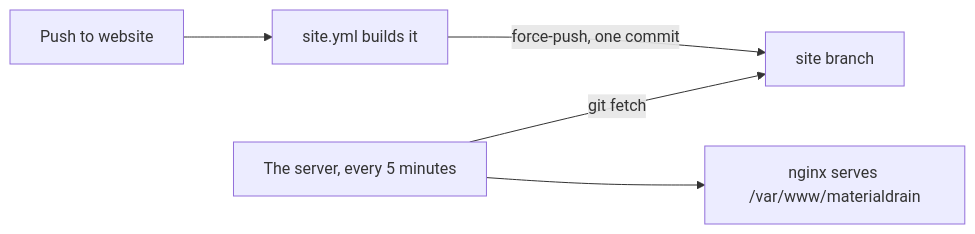
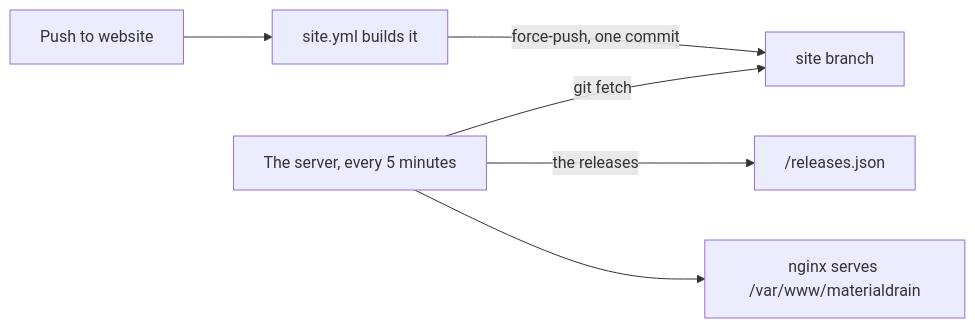
One commit to fidesosu/Materialdrain changed the diagram in docs/development/website.md. Above: the diagram before and after it, drawn with Mermaid. The commit also changed other lines of this file and 6 other files, not shown here.

Commit message:
Read the releases from the server, and show when it last checked GitHub

````diff
--- a/docs/development/website.md
+++ b/docs/development/website.md
@@ -24,7 +24,8 @@
 ```mermaid
 flowchart LR
     push[Push to website] --> build[site.yml builds it]
     build -->|force-push, one commit| site[site branch]
     server[The server, every 5 minutes] -->|git fetch| site
+    server -->|the releases| releases["/releases.json"]
     server --> nginx[nginx serves /var/www/materialdrain]
 ```
````
